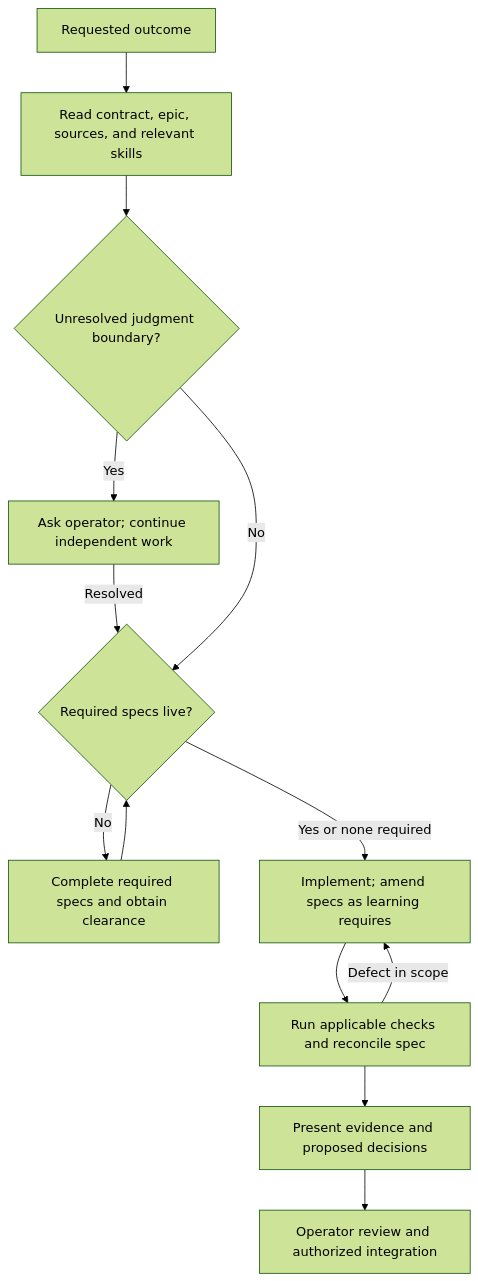
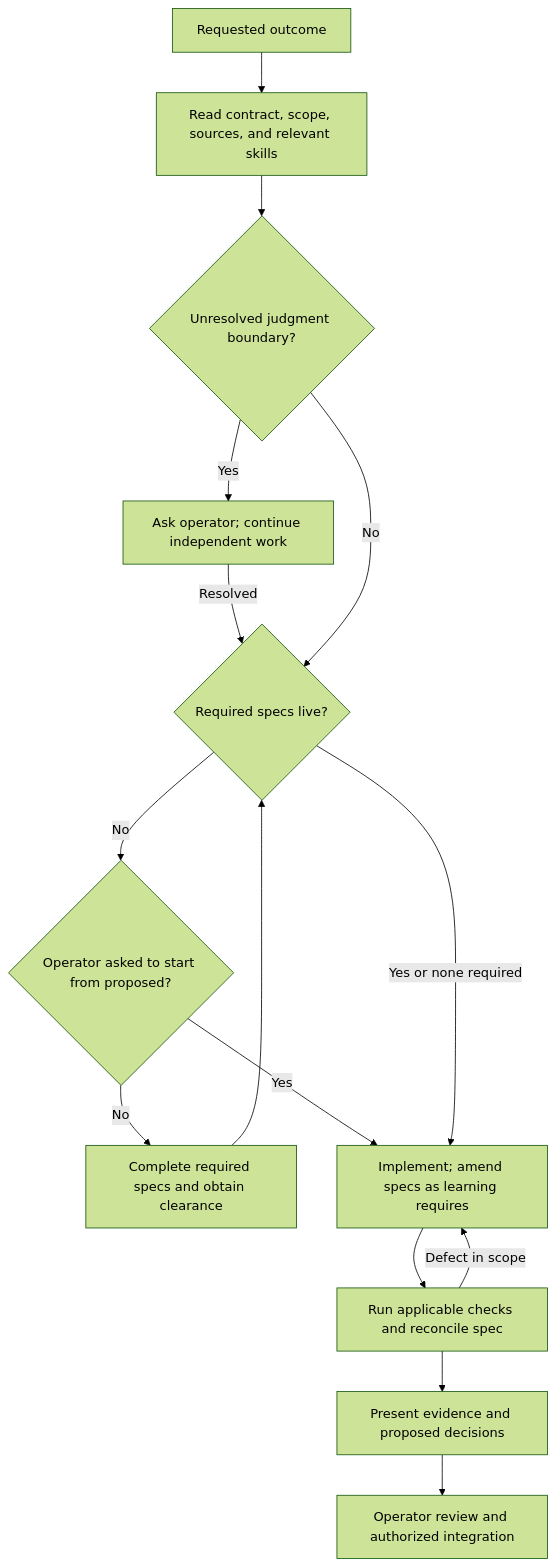
Before and after one commit to villetakanen/pelilauta-social: the diagram in docs/WoW.md, drawn with Mermaid (forest theme). The commit also changed other lines of this file and 6 other files, not shown here.

````diff
--- a/docs/WoW.md
+++ b/docs/WoW.md
@@ -27,15 +27,17 @@
 ```mermaid
 flowchart TD
-    A[Requested outcome] --> B[Read contract, epic, sources, and relevant skills]
+    A[Requested outcome] --> B[Read contract, scope, sources, and relevant skills]
     B --> C{Unresolved judgment boundary?}
     C -->|Yes| D[Ask operator; continue independent work]
     D -->|Resolved| R{Required specs live?}
     C -->|No| R
-    R -->|No| S[Complete required specs and obtain clearance]
+    R -->|No| O{Operator asked to start from proposed?}
+    O -->|No| S[Complete required specs and obtain clearance]
+    O -->|Yes| E
     S --> R
     R -->|Yes or none required| E[Implement; amend specs as learning requires]
     E --> F[Run applicable checks and reconcile spec]
     F -->|Defect in scope| E
     F --> G[Present evidence and proposed decisions]
     G --> H[Operator review and authorized integration]
 ```
````
